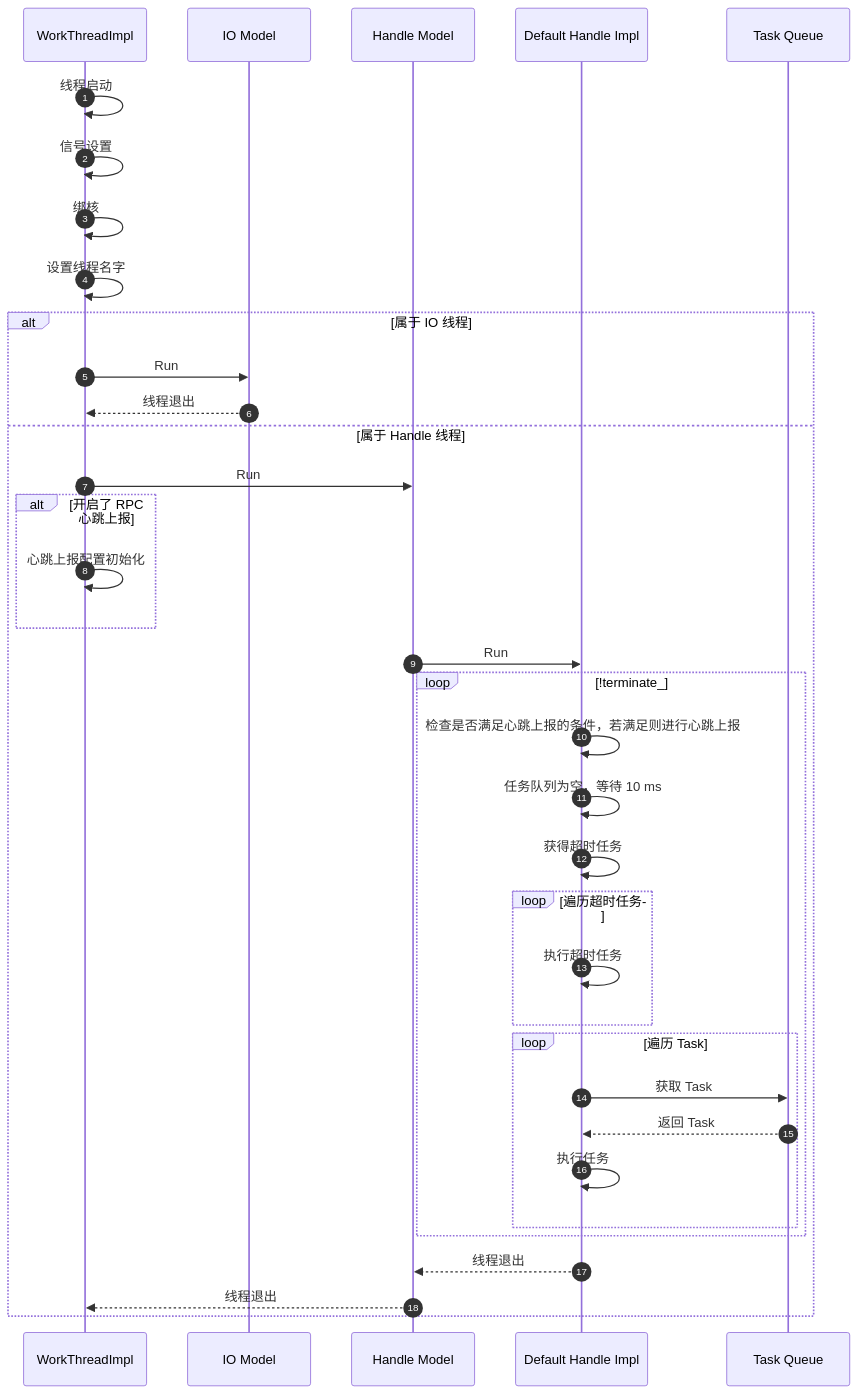
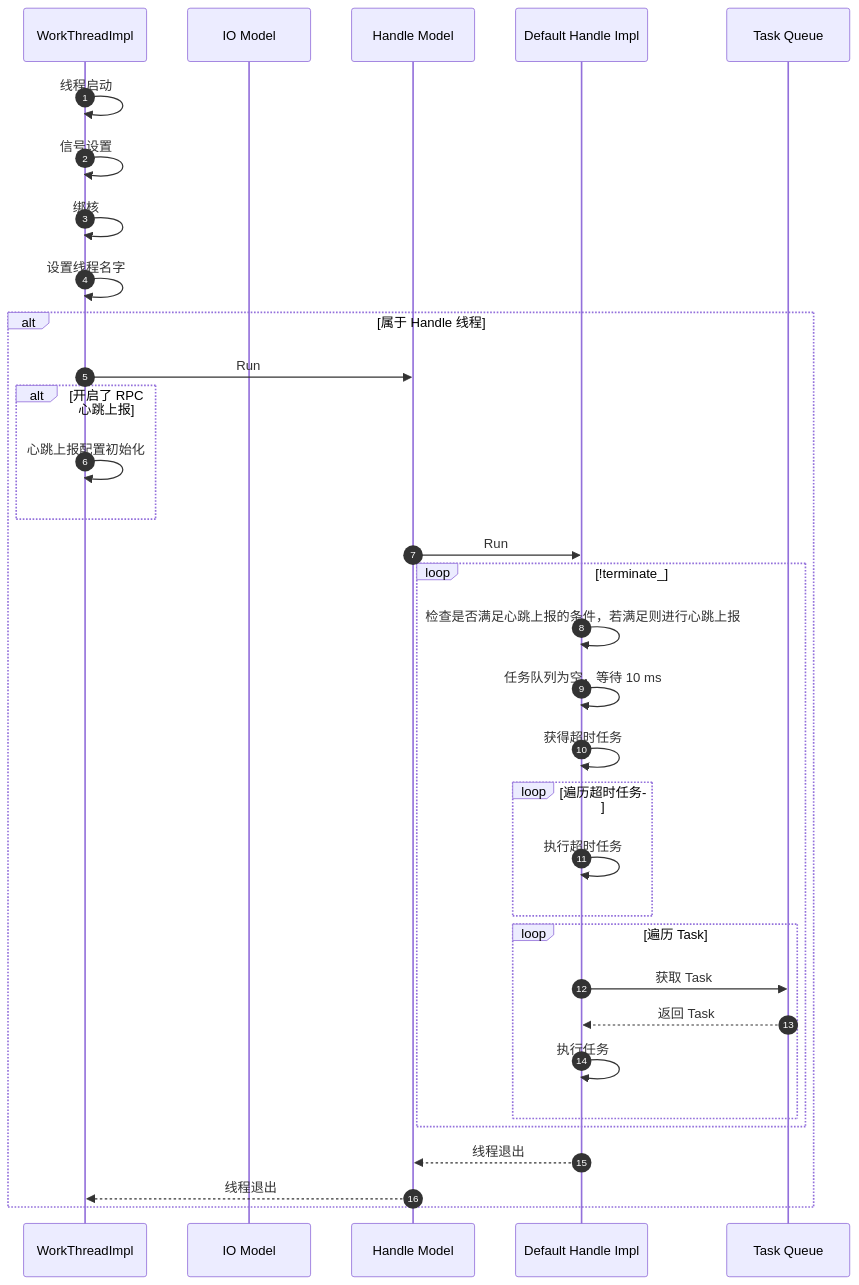
One commit to lsj9383/blog changed the third of 6 diagrams in posts/xrpc/xrpc-thread-model/readme.md. Above: the diagram before and after it, drawn with Mermaid. The commit also changed other lines of this file and 1 other file, not shown here.

````diff
--- a/posts/xrpc/xrpc-thread-model/readme.md
+++ b/posts/xrpc/xrpc-thread-model/readme.md
@@ -195,51 +198,48 @@
 ```mermaid
 sequenceDiagram
 autonumber
 
 participant work_thread_impl as WorkThreadImpl
 participant io_model as IO Model
 participant handle_model as Handle Model
 participant handle_impl as Default Handle Impl
 participant task_queue as Task Queue
 
 work_thread_impl ->> work_thread_impl: 线程启动
 
 work_thread_impl ->> work_thread_impl: 信号设置
 
 work_thread_impl ->> work_thread_impl: 绑核
 
 work_thread_impl ->> work_thread_impl: 设置线程名字
 
-alt 属于 IO 线程
-work_thread_impl ->> io_model: Run
-io_model -->> work_thread_impl: 线程退出
-else 属于 Handle 线程
+alt 属于 Handle 线程
 work_thread_impl ->> handle_model: Run
 
 alt 开启了 RPC 心跳上报
     work_thread_impl ->> work_thread_impl: 心跳上报配置初始化
 end
 handle_model ->> handle_impl: Run
 
 loop !terminate_
 
 handle_impl ->> handle_impl: 检查是否满足心跳上报的条件，若满足则进行心跳上报
 handle_impl ->> handle_impl: 任务队列为空，等待 10 ms
 handle_impl ->> handle_impl: 获得超时任务
 loop 遍历超时任务
     handle_impl ->> handle_impl: 执行超时任务
 end
 
 loop 遍历 Task
     handle_impl ->> task_queue: 获取 Task
     task_queue -->> handle_impl: 返回 Task
     handle_impl ->> handle_impl: 执行任务
 end
 
 end
 
 handle_impl -->> handle_model: 线程退出
 
 handle_model -->> work_thread_impl: 线程退出
 end
 ```
````
